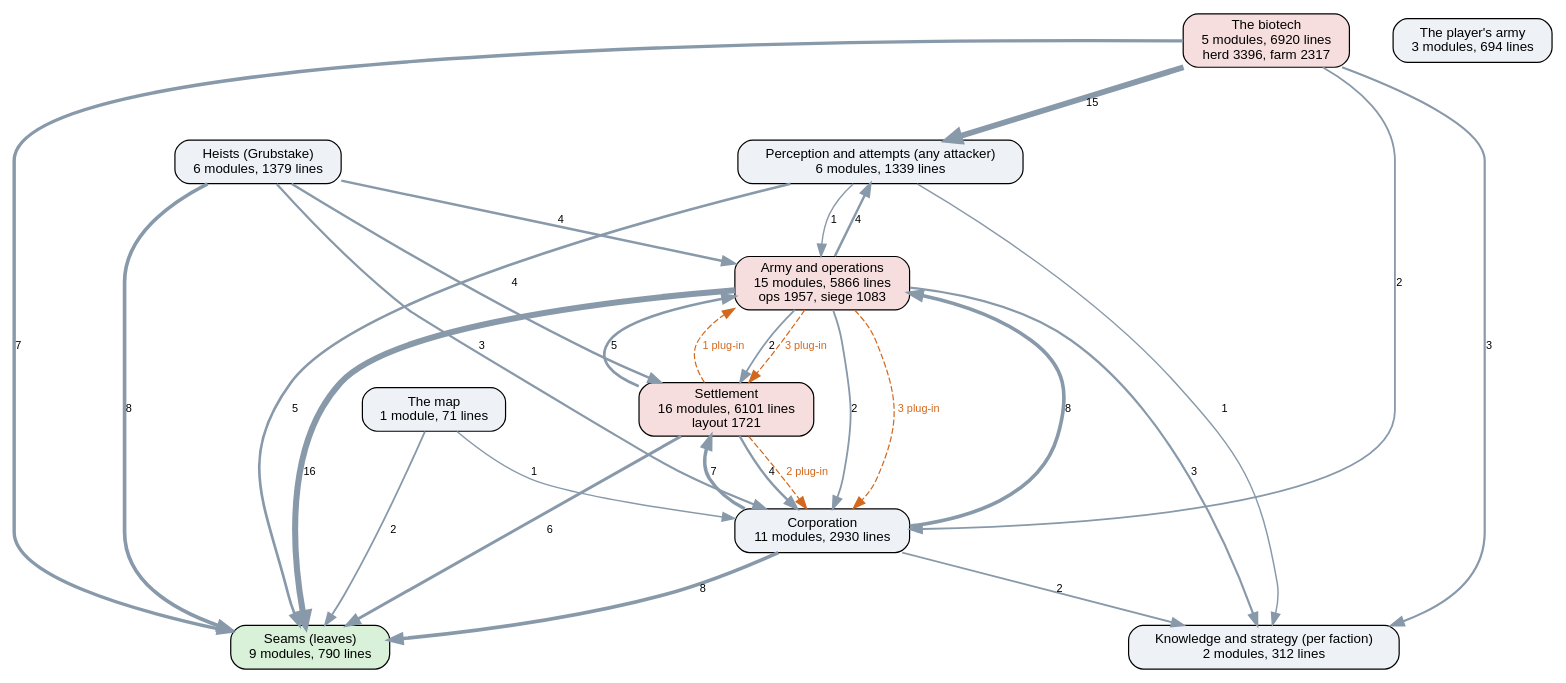
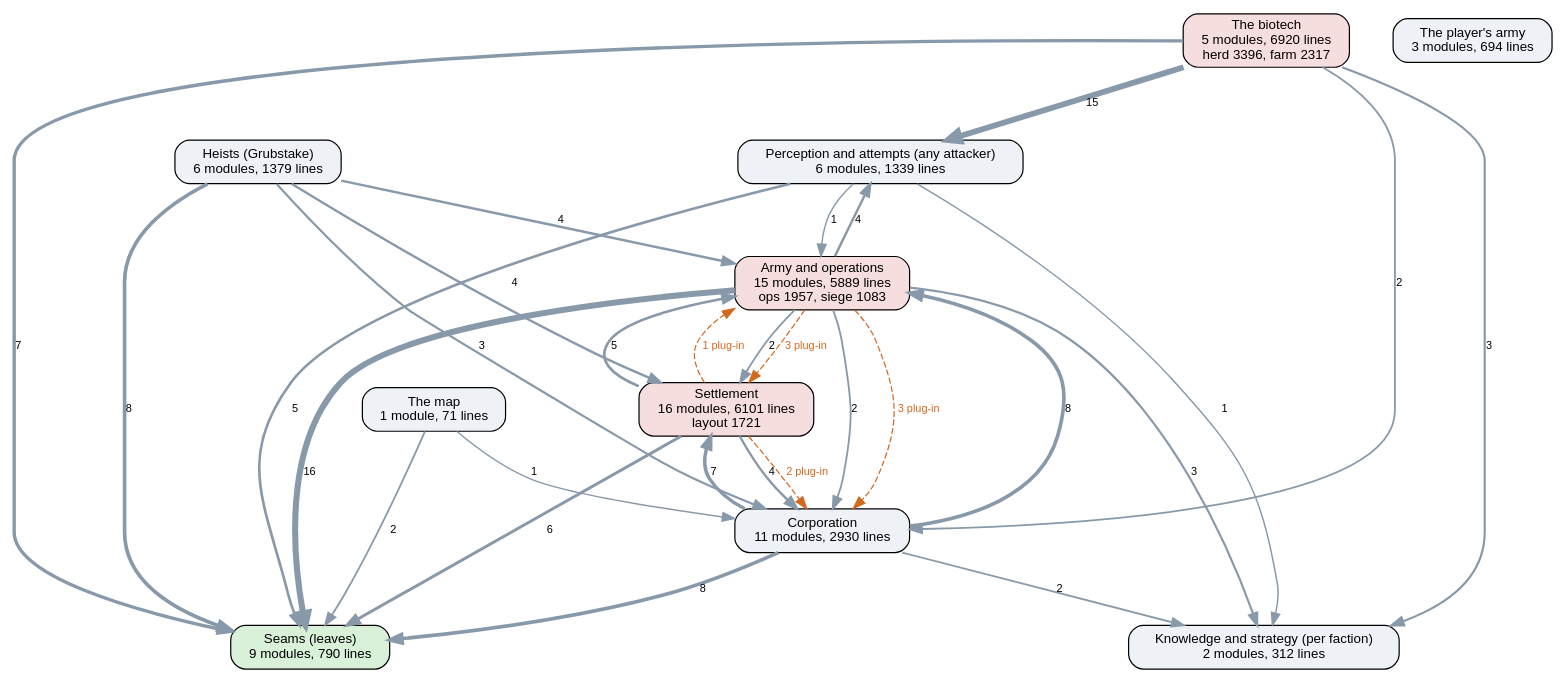
The diagram in docs/ai-layers.dot (kinelhu/landing-party), drawn with Graphviz before and after one commit. The commit also changed 8 other files, not shown here.

```diff
--- a/docs/ai-layers.dot
+++ b/docs/ai-layers.dot
@@ -1,44 +1,44 @@
 digraph layers {
   graph [rankdir=TB, fontname="Helvetica", nodesep=0.5, ranksep=0.7];
   node [shape=box, style="rounded,filled", fontname="Helvetica", fontsize=11, fillcolor="#eef2f7"];
   edge [color="#8899aa", fontname="Helvetica", fontsize=9];
   "Seams (leaves)" [label="Seams (leaves)\n9 modules, 790 lines", fillcolor="#d9f0d9"];
   "Perception and attempts (any attacker)" [label="Perception and attempts (any attacker)\n6 modules, 1339 lines", fillcolor="#eef2f7"];
   "Knowledge and strategy (per faction)" [label="Knowledge and strategy (per faction)\n2 modules, 312 lines", fillcolor="#eef2f7"];
   "Corporation" [label="Corporation\n11 modules, 2930 lines", fillcolor="#eef2f7"];
   "Settlement" [label="Settlement\n16 modules, 6101 lines\nlayout 1721", fillcolor="#f7dede"];
-  "Army and operations" [label="Army and operations\n15 modules, 5866 lines\nops 1957, siege 1083", fillcolor="#f7dede"];
+  "Army and operations" [label="Army and operations\n15 modules, 5889 lines\nops 1957, siege 1083", fillcolor="#f7dede"];
   "Heists (Grubstake)" [label="Heists (Grubstake)\n6 modules, 1379 lines", fillcolor="#eef2f7"];
   "The biotech" [label="The biotech\n5 modules, 6920 lines\nherd 3396, farm 2317", fillcolor="#f7dede"];
   "The map" [label="The map\n1 module, 71 lines", fillcolor="#eef2f7"];
   "The player's army" [label="The player's army\n3 modules, 694 lines", fillcolor="#eef2f7"];
   "Army and operations" -> "Corporation" [label="2", penwidth=1.5];
   "Army and operations" -> "Knowledge and strategy (per faction)" [label="3", penwidth=1.8];
   "Army and operations" -> "Perception and attempts (any attacker)" [label="4", penwidth=2.0];
   "Army and operations" -> "Seams (leaves)" [label="16", penwidth=5.0];
   "Army and operations" -> "Settlement" [label="2", penwidth=1.5];
   "Corporation" -> "Army and operations" [label="8", penwidth=3.0];
   "Corporation" -> "Knowledge and strategy (per faction)" [label="2", penwidth=1.5];
   "Corporation" -> "Seams (leaves)" [label="8", penwidth=3.0];
   "Corporation" -> "Settlement" [label="7", penwidth=2.8];
   "Heists (Grubstake)" -> "Army and operations" [label="4", penwidth=2.0];
   "Heists (Grubstake)" -> "Corporation" [label="3", penwidth=1.8];
   "Heists (Grubstake)" -> "Seams (leaves)" [label="8", penwidth=3.0];
   "Heists (Grubstake)" -> "Settlement" [label="4", penwidth=2.0];
   "Perception and attempts (any attacker)" -> "Army and operations" [label="1", penwidth=1.2];
   "Perception and attempts (any attacker)" -> "Knowledge and strategy (per faction)" [label="1", penwidth=1.2];
   "Perception and attempts (any attacker)" -> "Seams (leaves)" [label="5", penwidth=2.2];
   "Settlement" -> "Army and operations" [label="5", penwidth=2.2];
   "Settlement" -> "Corporation" [label="4", penwidth=2.0];
   "Settlement" -> "Seams (leaves)" [label="6", penwidth=2.5];
   "The biotech" -> "Corporation" [label="2", penwidth=1.5];
   "The biotech" -> "Knowledge and strategy (per faction)" [label="3", penwidth=1.8];
   "The biotech" -> "Perception and attempts (any attacker)" [label="15", penwidth=4.8];
   "The biotech" -> "Seams (leaves)" [label="7", penwidth=2.8];
   "The map" -> "Corporation" [label="1", penwidth=1.2];
   "The map" -> "Seams (leaves)" [label="2", penwidth=1.5];
   "Army and operations" -> "Corporation" [style=dashed, color="#d2691e", fontcolor="#d2691e", label="3 plug-in"];
   "Army and operations" -> "Settlement" [style=dashed, color="#d2691e", fontcolor="#d2691e", label="3 plug-in"];
   "Settlement" -> "Army and operations" [style=dashed, color="#d2691e", fontcolor="#d2691e", label="1 plug-in"];
   "Settlement" -> "Corporation" [style=dashed, color="#d2691e", fontcolor="#d2691e", label="2 plug-in"];
 }
```
